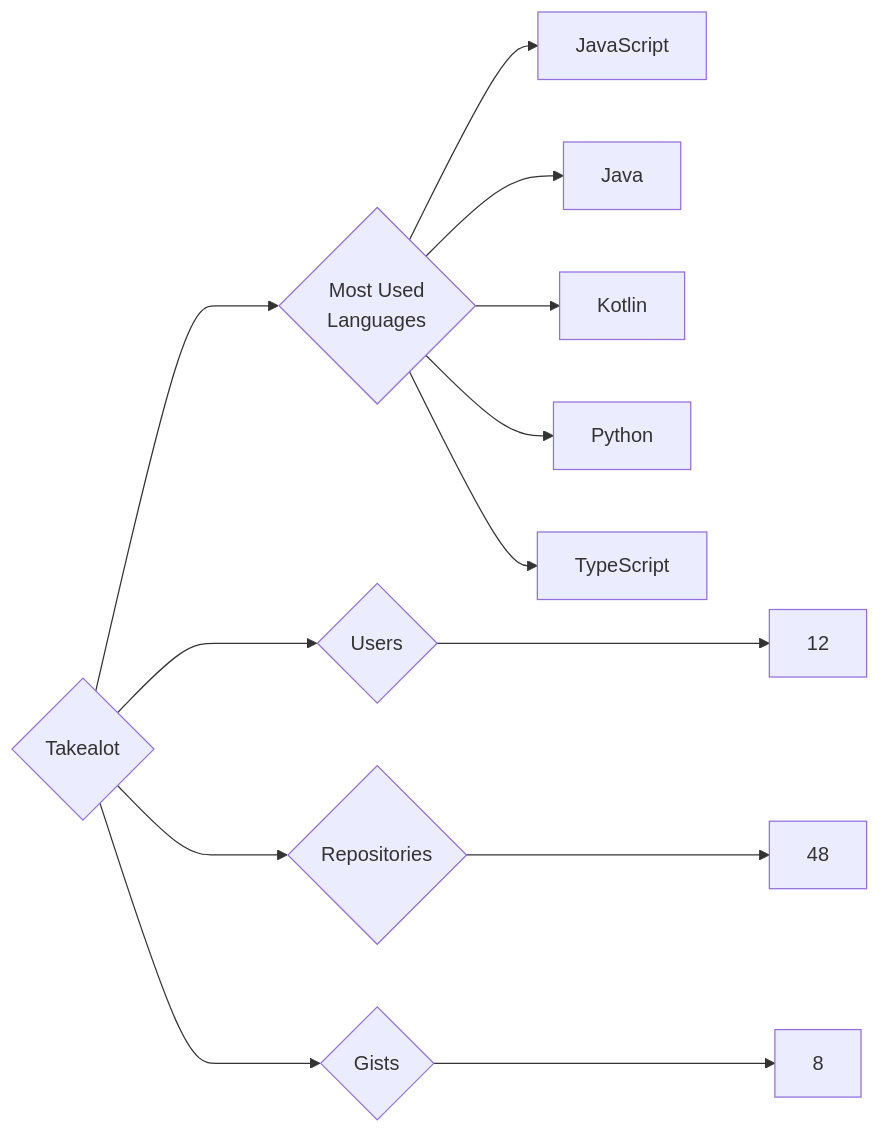
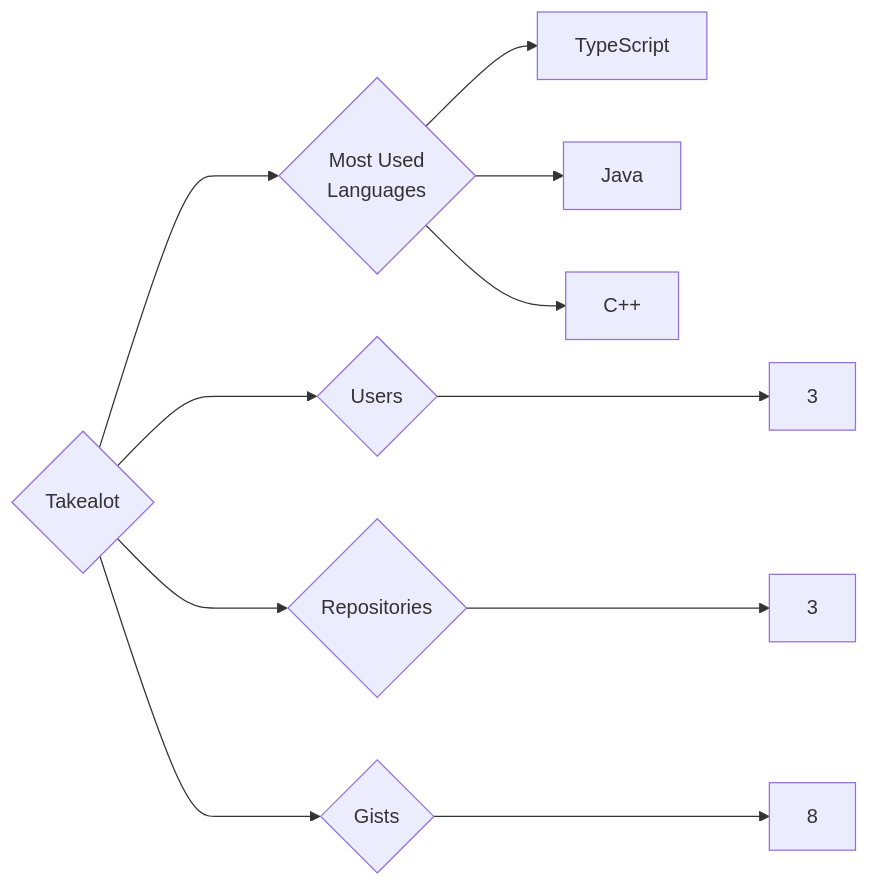
The diagram in targets/Takealot/README.md (trickest/insiders), drawn with Mermaid before and after one commit. The commit also changed 895 other files, not shown here.

````diff
--- a/targets/Takealot/README.md
+++ b/targets/Takealot/README.md
@@ -3,13 +3,11 @@
 ```mermaid
 graph LR
 COMPANY_NAME{Takealot}
-COMPANY_NAME ---> U{Users} ---> UN[12]
-COMPANY_NAME ---> R{Repositories} ---> RN[48]
+COMPANY_NAME ---> U{Users} ---> UN[3]
+COMPANY_NAME ---> R{Repositories} ---> RN[3]
 COMPANY_NAME ---> G{Gists} ---> GN[8]
 COMPANY_NAME ---> ML{Most Used<br>Languages}
-ML --> JavaScript[JavaScript]
+ML --> TypeScript[TypeScript]
 ML --> Java[Java]
-ML --> Kotlin[Kotlin]
-ML --> Python[Python]
-ML --> TypeScript[TypeScript]
+ML --> C++[C++]
 ```
````
